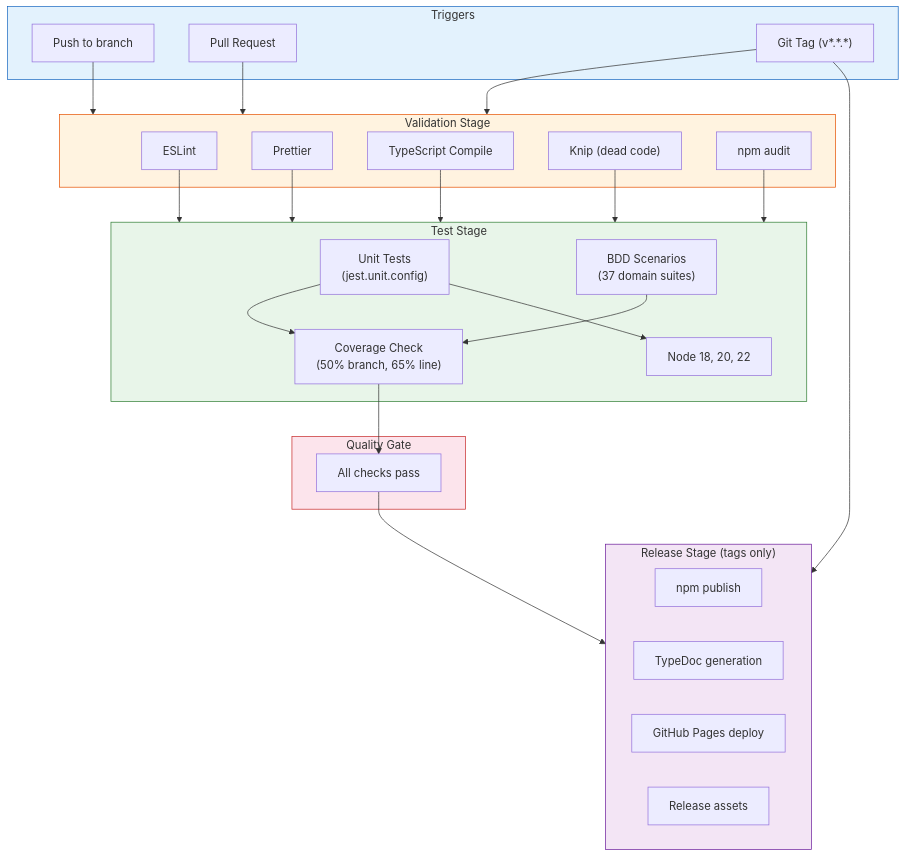
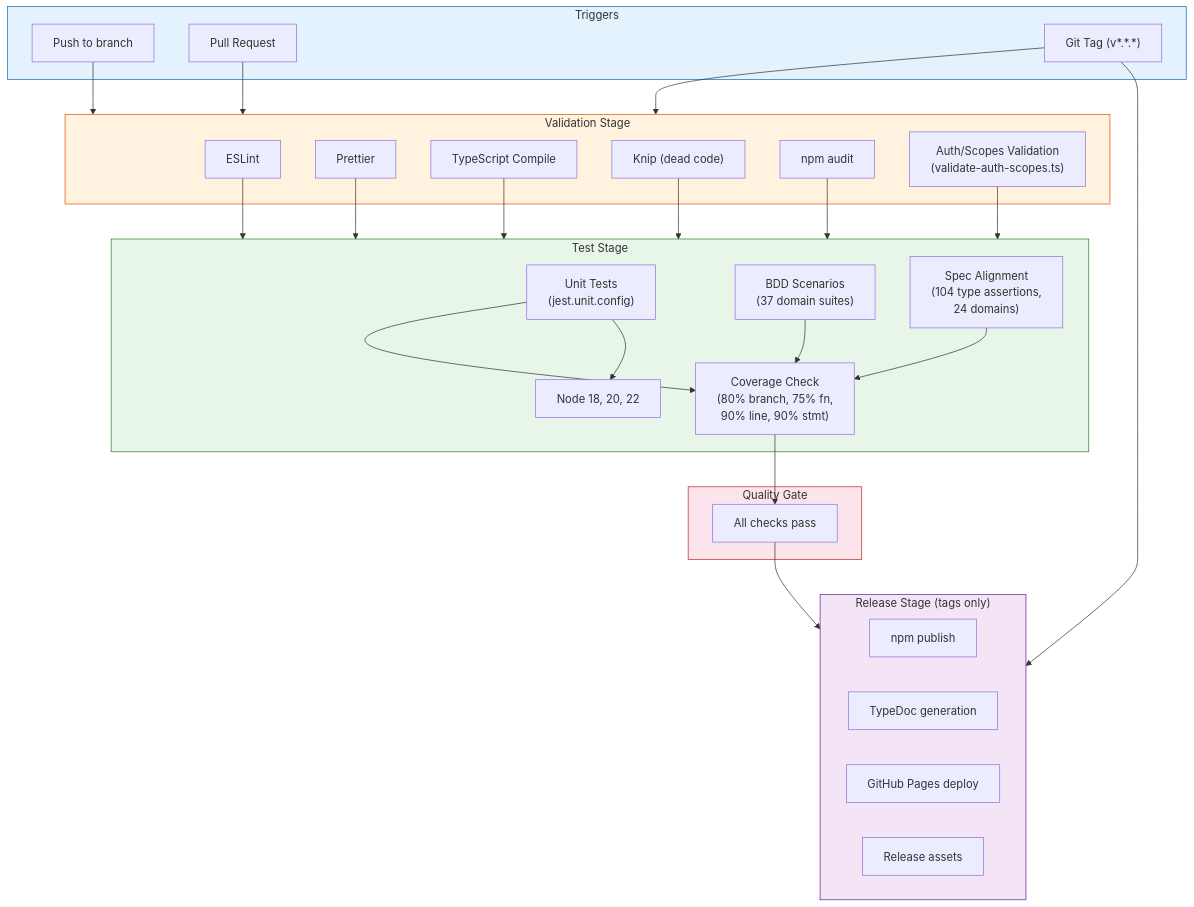
The fifth of 13 diagrams in guides/ARCHITECTURE.md (lgriffin/ESI.ts), drawn with Mermaid before and after one commit. The commit also changed other lines of this file, not shown here.

First line of the commit message:
docs: update architecture guide for post-design-plan changes

````diff
--- a/guides/ARCHITECTURE.md
+++ b/guides/ARCHITECTURE.md
@@ -314,59 +377,63 @@
 ```mermaid
 graph TB
     subgraph Trigger["Triggers"]
         Push["Push to branch"]
         PR["Pull Request"]
         Tag["Git Tag (v*.*.*)"]
     end
 
     subgraph Validation["Validation Stage"]
         Lint["ESLint"]
         Format["Prettier"]
         Build["TypeScript Compile"]
         Knip["Knip (dead code)"]
         Audit["npm audit"]
+        AuthScopes["Auth/Scopes Validation<br/>(validate-auth-scopes.ts)"]
     end
 
     subgraph Testing["Test Stage"]
         Unit["Unit Tests<br/>(jest.unit.config)"]
         BDD["BDD Scenarios<br/>(37 domain suites)"]
-        Coverage["Coverage Check<br/>(50% branch, 65% line)"]
+        SpecAlign["Spec Alignment<br/>(104 type assertions,<br/>24 domains)"]
+        Coverage["Coverage Check<br/>(80% branch, 75% fn,<br/>90% line, 90% stmt)"]
         Matrix["Node 18, 20, 22"]
     end
 
     subgraph Quality["Quality Gate"]
         Gate["All checks pass"]
     end
 
     subgraph Release["Release Stage (tags only)"]
         NPM["npm publish"]
         Docs["TypeDoc generation"]
         Pages["GitHub Pages deploy"]
         Assets["Release assets"]
     end
 
     Push --> Validation
     PR --> Validation
     Tag --> Validation
 
     Lint --> Testing
     Format --> Testing
     Build --> Testing
     Knip --> Testing
     Audit --> Testing
+    AuthScopes --> Testing
 
     Unit --> Coverage
     BDD --> Coverage
+    SpecAlign --> Coverage
     Unit --> Matrix
 
     Coverage --> Gate
 
     Tag --> Release
     Gate --> Release
 
     style Trigger fill:#e3f2fd,stroke:#1565c0
     style Validation fill:#fff3e0,stroke:#e65100
     style Testing fill:#e8f5e9,stroke:#2e7d32
     style Quality fill:#fce4ec,stroke:#c62828
     style Release fill:#f3e5f5,stroke:#6a1b9a
 ```
````
